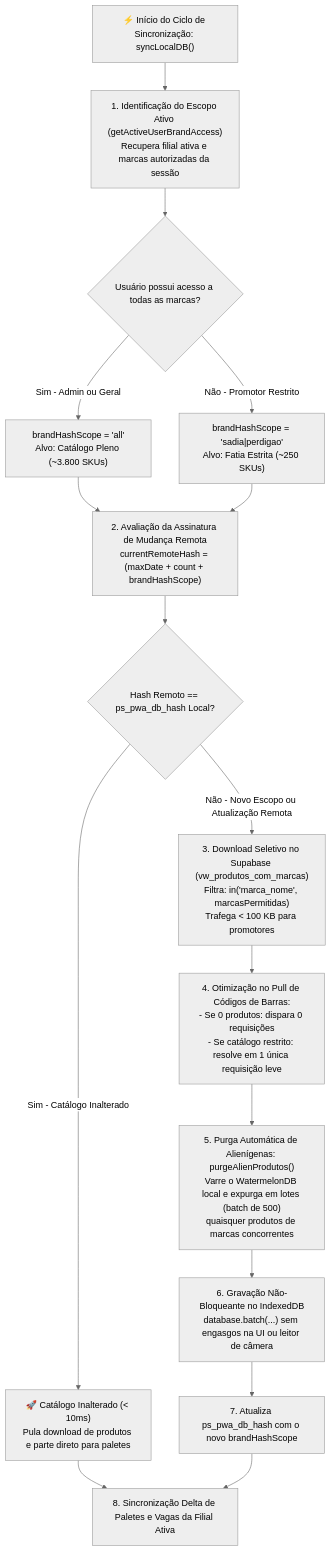
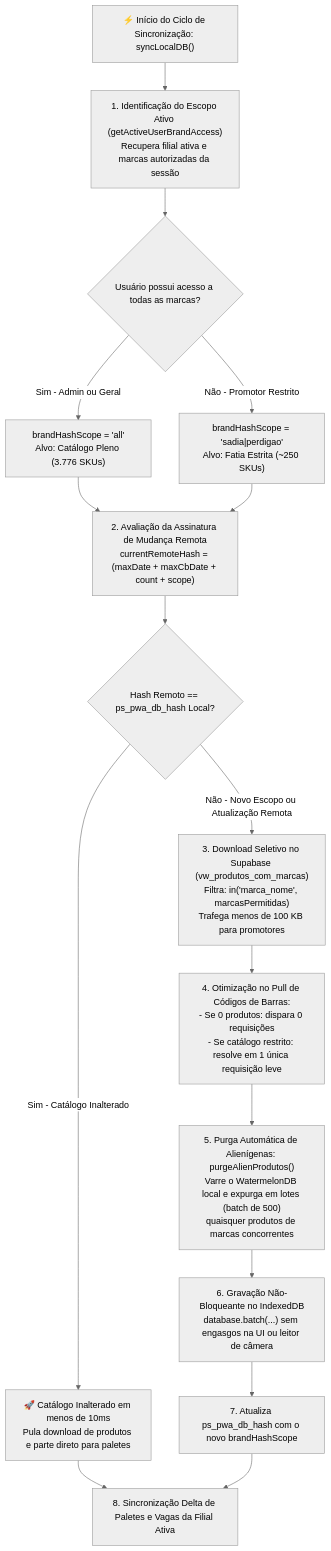
The second of 4 diagrams in docs/pwa-service-worker.md (NaejBarbosa/paletscan-etl), drawn with Mermaid (neutral theme) before and after one commit. The commit also changed other lines of this file and 19 other files, not shown here.

````diff
--- a/docs/pwa-service-worker.md
+++ b/docs/pwa-service-worker.md
@@ -96,30 +92,30 @@
 ```mermaid
 flowchart TD
     SYNC_START["⚡ Início do Ciclo de Sincronização: syncLocalDB()"]
     
     SYNC_START --> GET_ACCESS["1. Identificação do Escopo Ativo (getActiveUserBrandAccess)\nRecupera filial ativa e marcas autorizadas da sessão"]
     
     GET_ACCESS --> CALC_SCOPE{"Usuário possui acesso a todas as marcas?"}
     
-    CALC_SCOPE -->|Sim - Admin ou Geral| SCOPE_ALL["brandHashScope = 'all'\nAlvo: Catálogo Pleno (~3.800 SKUs)"]
+    CALC_SCOPE -->|Sim - Admin ou Geral| SCOPE_ALL["brandHashScope = 'all'\nAlvo: Catálogo Pleno (3.776 SKUs)"]
     CALC_SCOPE -->|Não - Promotor Restrito| SCOPE_BRAND["brandHashScope = 'sadia|perdigao'\nAlvo: Fatia Estrita (~250 SKUs)"]
     
-    SCOPE_ALL --> CHECK_HASH["2. Avaliação da Assinatura de Mudança Remota\ncurrentRemoteHash = (maxDate + count + brandHashScope)"]
+    SCOPE_ALL --> CHECK_HASH["2. Avaliação da Assinatura de Mudança Remota\ncurrentRemoteHash = (maxDate + maxCbDate + count + scope)"]
     SCOPE_BRAND --> CHECK_HASH
     
     CHECK_HASH --> HASH_MATCH{"Hash Remoto == ps_pwa_db_hash Local?"}
     
-    HASH_MATCH -->|Sim - Catálogo Inalterado| SKIP_PULL["🚀 Catálogo Inalterado (< 10ms)\nPula download de produtos e parte direto para paletes"]
+    HASH_MATCH -->|Sim - Catálogo Inalterado| SKIP_PULL["🚀 Catálogo Inalterado em menos de 10ms\nPula download de produtos e parte direto para paletes"]
     
-    HASH_MATCH -->|Não - Novo Escopo ou Atualização Remota| SELECTIVE_PULL["3. Download Seletivo no Supabase (vw_produtos_com_marcas)\nFiltra: in('marca_nome', marcasPermitidas)\nTrafega < 100 KB para promotores"]
+    HASH_MATCH -->|Não - Novo Escopo ou Atualização Remota| SELECTIVE_PULL["3. Download Seletivo no Supabase (vw_produtos_com_marcas)\nFiltra: in('marca_nome', marcasPermitidas)\nTrafega menos de 100 KB para promotores"]
     
     SELECTIVE_PULL --> PULL_CB["4. Otimização no Pull de Códigos de Barras:\n- Se 0 produtos: dispara 0 requisições\n- Se catálogo restrito: resolve em 1 única requisição leve"]
     
     PULL_CB --> PURGE["5. Purga Automática de Alienígenas: purgeAlienProdutos()\nVarre o WatermelonDB local e expurga em lotes (batch de 500)\nquaisquer produtos de marcas concorrentes"]
     
     PURGE --> SAVE_BATCH["6. Gravação Não-Bloqueante no IndexedDB\ndatabase.batch(...) sem engasgos na UI ou leitor de câmera"]
     
     SAVE_BATCH --> UPDATE_HASH["7. Atualiza ps_pwa_db_hash com o novo brandHashScope"]
     SKIP_PULL --> SYNC_PALETES["8. Sincronização Delta de Paletes e Vagas da Filial Ativa"]
     UPDATE_HASH --> SYNC_PALETES
 ```
````
